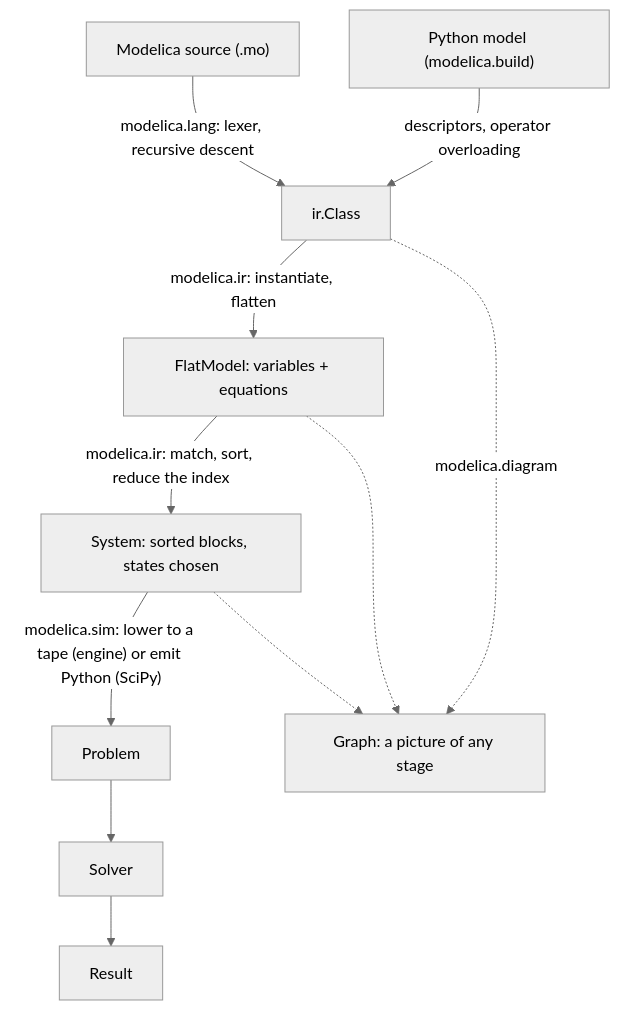
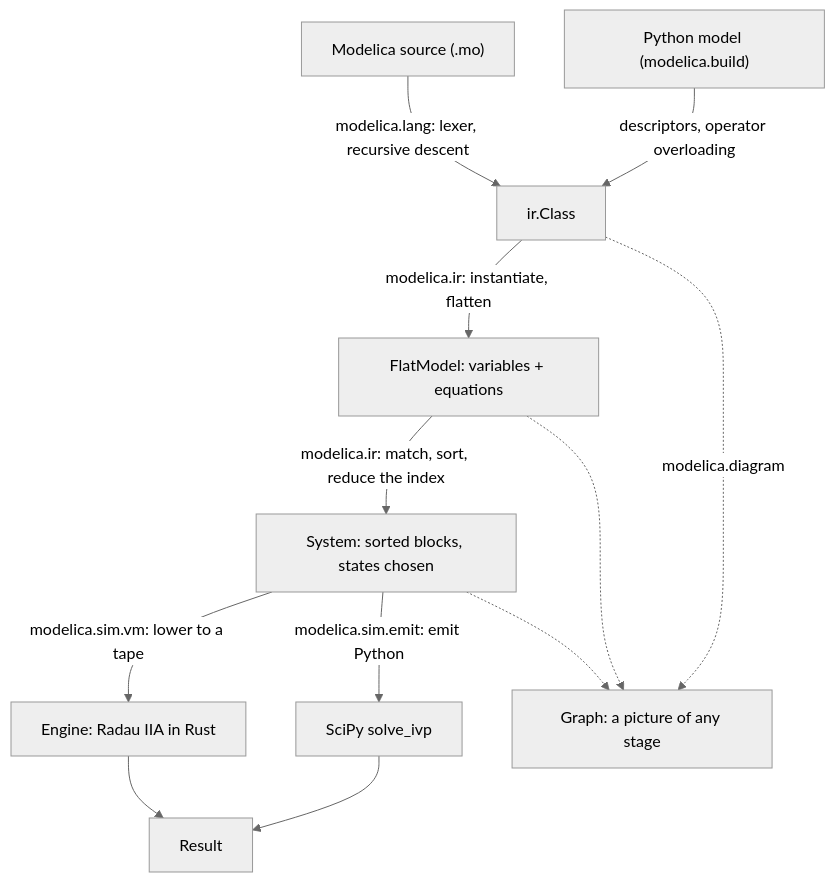
The diagram in docs/architecture.md (jorgeecardona/modelica), drawn with Mermaid (neutral theme) before and after one commit. The commit also changed other lines of this file and 15 other files, not shown here.

````diff
--- a/docs/architecture.md
+++ b/docs/architecture.md
@@ -15,12 +15,14 @@
 ```mermaid
 graph TD
     MO["Modelica source (.mo)"] -->|"modelica.lang: lexer, recursive descent"| AST["ir.Class"]
     PY["Python model (modelica.build)"] -->|"descriptors, operator overloading"| AST
     AST -->|"modelica.ir: instantiate, flatten"| FLAT["FlatModel: variables + equations"]
     FLAT -->|"modelica.ir: match, sort, reduce the index"| SYS["System: sorted blocks, states chosen"]
-    SYS -->|"modelica.sim: lower to a tape (engine) or emit Python (SciPy)"| PROB["Problem"]
-    PROB --> SOLVER["Solver"] --> RESULT["Result"]
+    SYS -->|"modelica.sim.vm: lower to a tape"| ENGINE["Engine: Radau IIA in Rust"]
+    SYS -->|"modelica.sim.emit: emit Python"| SCIPY["SciPy solve_ivp"]
+    ENGINE --> RESULT["Result"]
+    SCIPY --> RESULT
     AST -.->|"modelica.diagram"| PIC["Graph: a picture of any stage"]
     FLAT -.-> PIC
     SYS -.-> PIC
 ```
````
